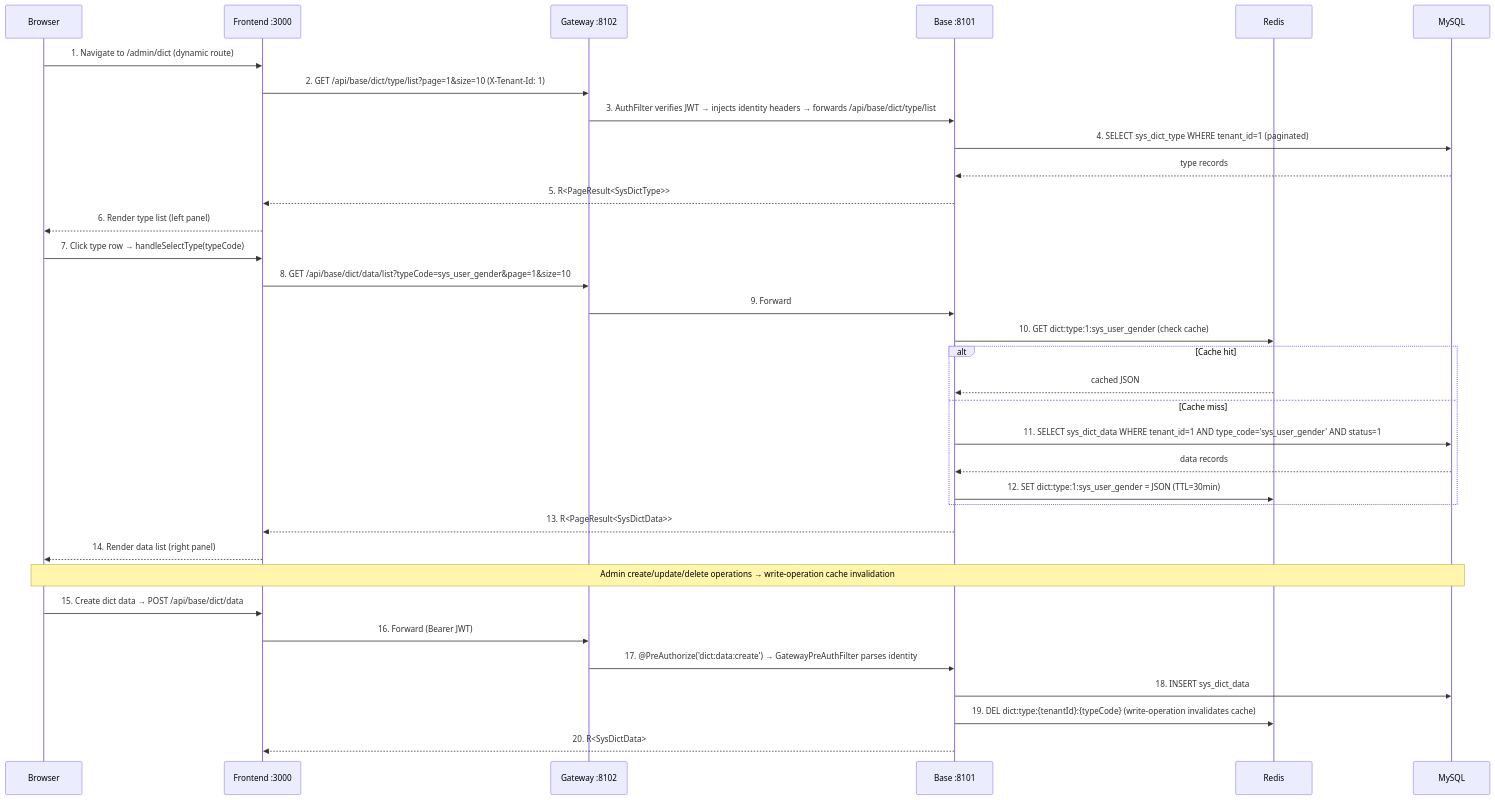
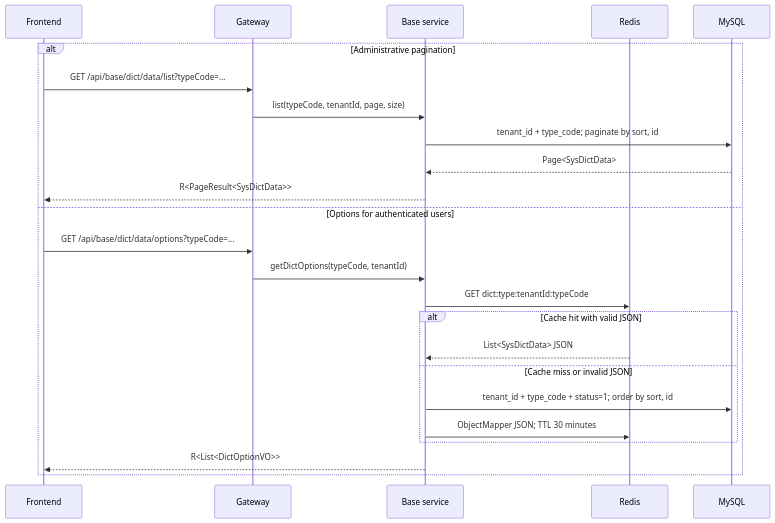
Before and after one commit to wang-baohai/Omni-Stack: the ninth of 21 diagrams in docs/core-flows.en.md, drawn with Mermaid. The commit also changed other lines of this file and 1095 other files, not shown here.

````diff
--- a/docs/core-flows.en.md
+++ b/docs/core-flows.en.md
@@ -1042,39 +850,26 @@
 ```mermaid
 sequenceDiagram
-    participant B as Browser
-    participant F as Frontend :3000
-    participant G as Gateway :8102
-    participant Base as Base :8101
+    participant F as Frontend
+    participant G as Gateway
+    participant B as Base service
     participant R as Redis
-    participant M as MySQL
-
-    B->>F: 1. Navigate to /admin/dict (dynamic route)
-    F->>G: 2. GET /api/base/dict/type/list?page=1&size=10 (X-Tenant-Id: 1)
-    G->>Base: 3. AuthFilter verifies JWT → injects identity headers → forwards /api/base/dict/type/list
-    Base->>M: 4. SELECT sys_dict_type WHERE tenant_id=1 (paginated)
-    M-->>Base: type records
-    Base-->>F: 5. R<PageResult<SysDictType>>
-    F-->>B: 6. Render type list (left panel)
-
-    B->>F: 7. Click type row → handleSelectType(typeCode)
-    F->>G: 8. GET /api/base/dict/data/list?typeCode=sys_user_gender&page=1&size=10
-    G->>Base: 9. Forward
-    Base->>R: 10. GET dict:type:1:sys_user_gender (check cache)
-    alt Cache hit
-        R-->>Base: cached JSON
-    else Cache miss
-        Base->>M: 11. SELECT sys_dict_data WHERE tenant_id=1 AND type_code='sys_user_gender' AND status=1
-        M-->>Base: data records
-        Base->>R: 12. SET dict:type:1:sys_user_gender = JSON (TTL=30min)
+    participant D as MySQL
+    alt Administrative pagination
+        F->>G: GET /api/base/dict/data/list?typeCode=...
+        G->>B: list(typeCode, tenantId, page, size)
+        B->>D: tenant_id + type_code#59; paginate by sort, id
+        D-->>B: Page<SysDictData>
+        B-->>F: R<PageResult<SysDictData>>
+    else Options for authenticated users
+        F->>G: GET /api/base/dict/data/options?typeCode=...
+        G->>B: getDictOptions(typeCode, tenantId)
+        B->>R: GET dict:type:tenantId:typeCode
+        alt Cache hit with valid JSON
+            R-->>B: List<SysDictData> JSON
+        else Cache miss or invalid JSON
+            B->>D: tenant_id + type_code + status=1#59; order by sort, id
+            B->>R: ObjectMapper JSON#59; TTL 30 minutes
+        end
+        B-->>F: R<List<DictOptionVO>>
     end
-    Base-->>F: 13. R<PageResult<SysDictData>>
-    F-->>B: 14. Render data list (right panel)
-
-    Note over B,M: Admin create/update/delete operations → write-operation cache invalidation
-    B->>F: 15. Create dict data → POST /api/base/dict/data
-    F->>G: 16. Forward (Bearer JWT)
-    G->>Base: 17. @PreAuthorize('dict:data:create') → GatewayPreAuthFilter parses identity
-    Base->>M: 18. INSERT sys_dict_data
-    Base->>R: 19. DEL dict:type:{tenantId}:{typeCode} (write-operation invalidates cache)
-    Base-->>F: 20. R<SysDictData>
 ```
````
